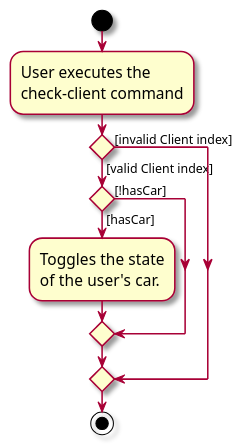
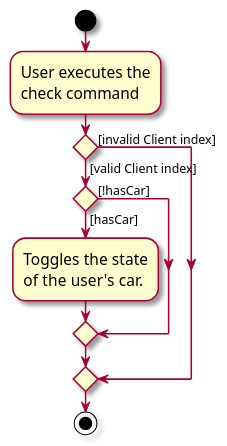
One commit to nus-cs2103-AY2425S1/tp changed the diagram in docs/diagrams/CheckClientActivityDiagram.puml. Above: the diagram before and after it, drawn with PlantUML. The commit also changed 4 other files, not shown here.

```diff
--- a/docs/diagrams/CheckClientActivityDiagram.puml
+++ b/docs/diagrams/CheckClientActivityDiagram.puml
@@ -1,22 +1,22 @@
 @startuml
 skin rose
 skinparam ActivityFontSize 15
 skinparam ArrowFontSize 12
 start
 :User executes the
-check-client command;
+check command;
 
 'Since the beta syntax does not support placing the condition outside the
 'diamond we place it as the true branch instead.
 
 if () then ([invalid Client index])
     else ([valid Client index])
         if () then ([!hasCar])
             else ([hasCar])
         :Toggles the state
         of the user's car.;
         endif
 
 endif
 stop
 @enduml
```
